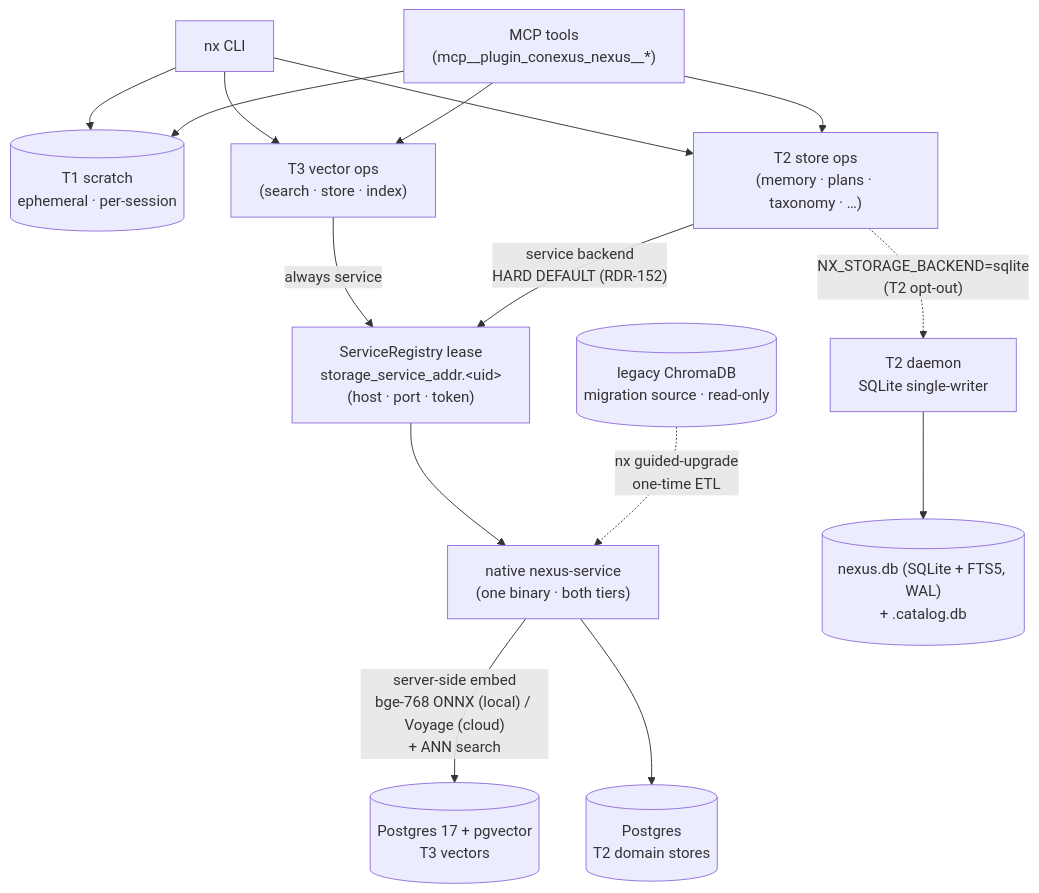
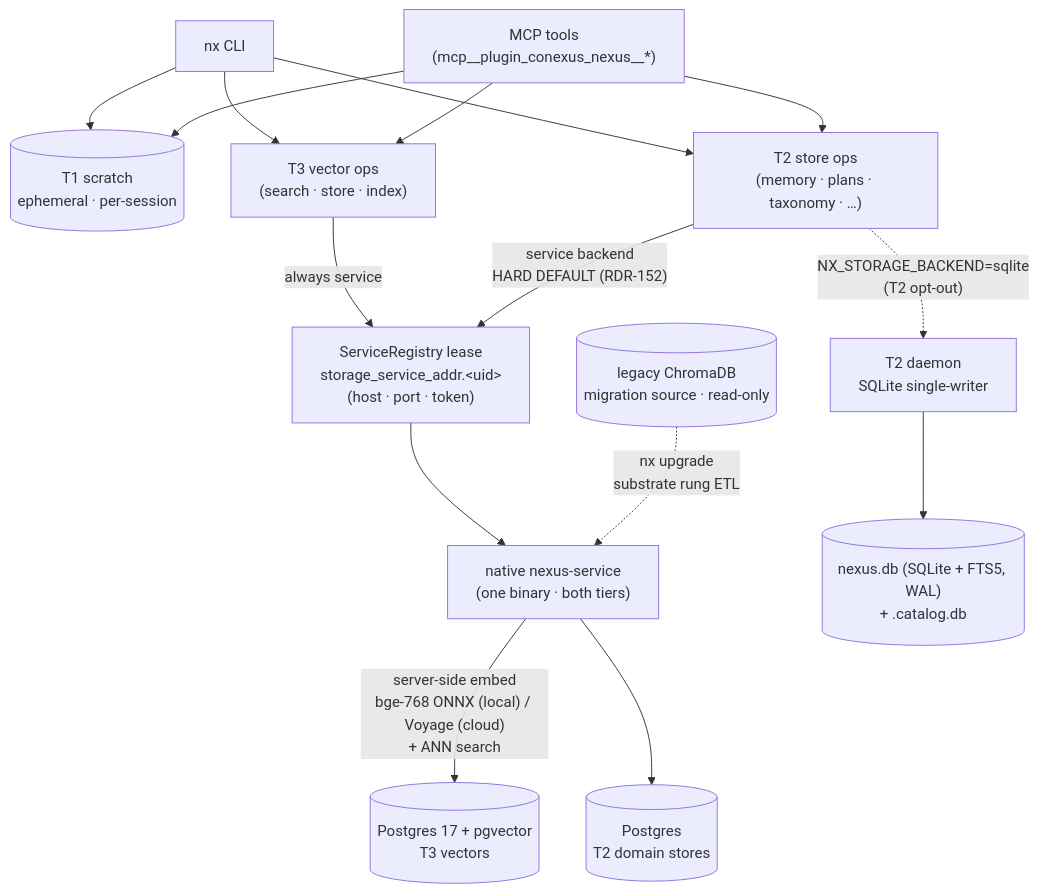
The diagram in docs/storage-tiers.md (Hellblazer/nexus), drawn with Mermaid before and after one commit. The commit also changed other lines of this file and 23 other files, not shown here.

````diff
--- a/docs/storage-tiers.md
+++ b/docs/storage-tiers.md
@@ -22,32 +22,32 @@
 ```mermaid
 flowchart TD
   CLI["nx CLI"]
   MCP["MCP tools<br/>(mcp__plugin_conexus_nexus__*)"]
 
   CLI --> T1[("T1 scratch<br/>ephemeral · per-session")]
   MCP --> T1
   CLI --> T3OPS
   MCP --> T3OPS
   CLI --> T2OPS
   MCP --> T2OPS
 
   T3OPS["T3 vector ops<br/>(search · store · index)"]
   T2OPS["T2 store ops<br/>(memory · plans · taxonomy · …)"]
 
   T3OPS -->|"always service"| REG
   T2OPS -->|"service backend<br/>HARD DEFAULT (RDR-152)"| REG
   T2OPS -.->|"NX_STORAGE_BACKEND=sqlite<br/>(T2 opt-out)"| T2D
 
   REG["ServiceRegistry lease<br/>storage_service_addr.&lt;uid&gt;<br/>(host · port · token)"]
   REG --> SVC
 
   SVC["native nexus-service<br/>(one binary · both tiers)"]
   SVC -->|"server-side embed<br/>bge-768 ONNX (local) / Voyage (cloud)<br/>+ ANN search"| PG[("Postgres 17 + pgvector<br/>T3 vectors")]
   SVC --> PGT2[("Postgres<br/>T2 domain stores")]
 
   T2D["T2 daemon<br/>SQLite single-writer"]
   T2D --> SQL[("nexus.db (SQLite + FTS5, WAL)<br/>+ .catalog.db")]
 
   CHROMA[("legacy ChromaDB<br/>migration source · read-only")]
-  CHROMA -.->|"nx guided-upgrade<br/>one-time ETL"| SVC
+  CHROMA -.->|"nx upgrade<br/>substrate rung ETL"| SVC
 ```
````
